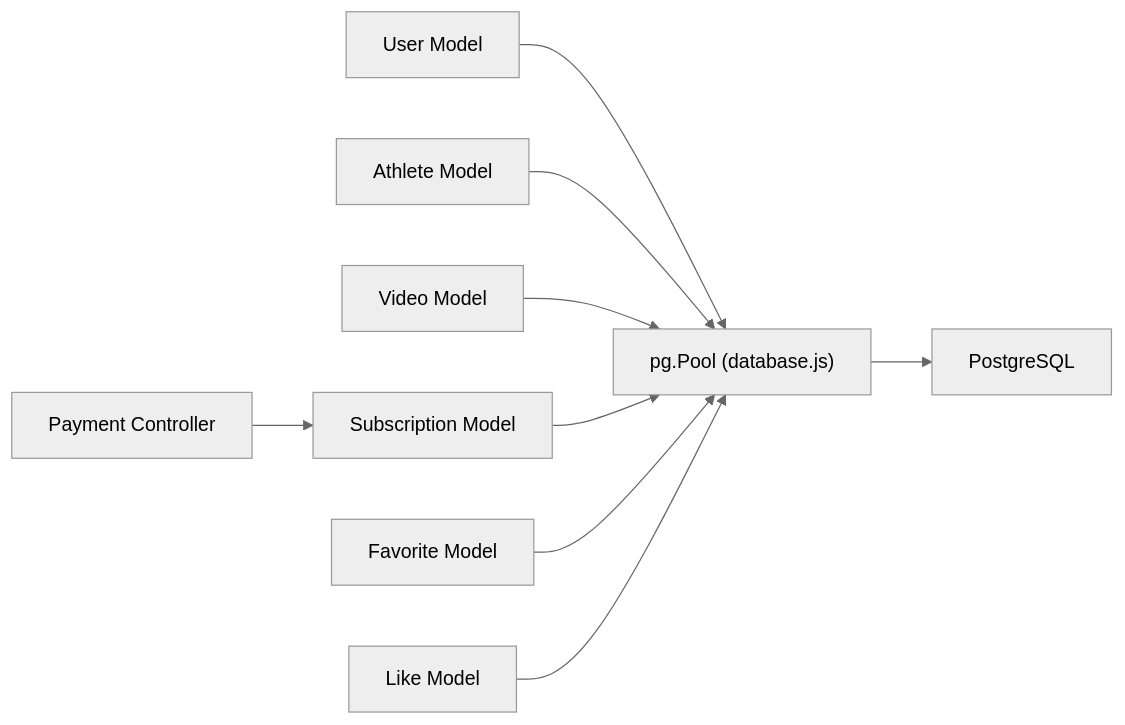
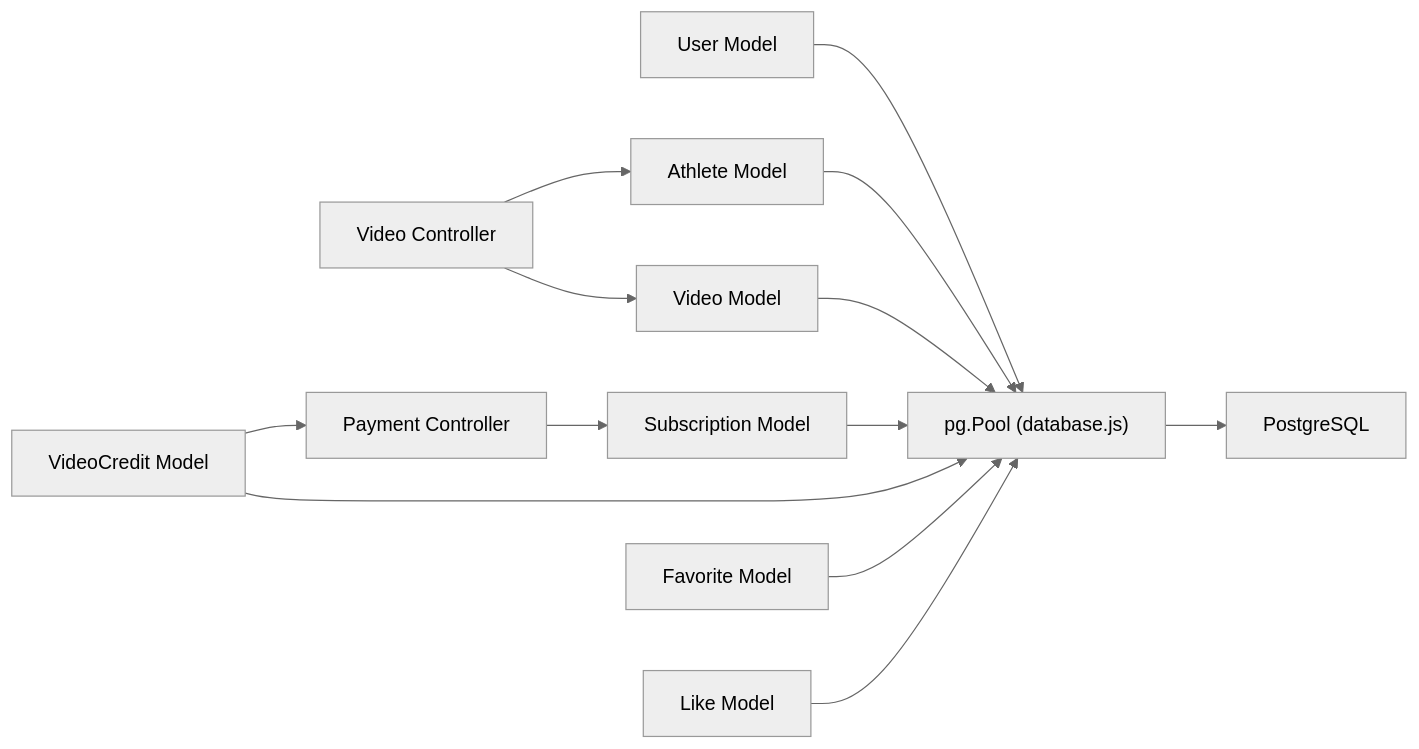
Before and after one commit to Alexandrexicara/craque-vision: the tenth of 10 diagrams in .qoder/repowiki/en/content/Database Design/Data Models/Data Models.md, drawn with Mermaid (neutral theme). The commit also changed other lines of this file and 10 other files, not shown here.

````diff
--- a/.qoder/repowiki/en/content/Database Design/Data Models/Data Models.md
+++ b/.qoder/repowiki/en/content/Database Design/Data Models/Data Models.md
@@ -513,20 +602,26 @@
 ```mermaid
 graph LR
 DB["PostgreSQL"]
 Pool["pg.Pool (database.js)"]
 UM["User Model"]
 AM["Athlete Model"]
 VM["Video Model"]
 SM["Subscription Model"]
+VCM["VideoCredit Model"]
 FM["Favorite Model"]
 LM["Like Model"]
 PC["Payment Controller"]
+VC["Video Controller"]
 Pool --> DB
 UM --> Pool
 AM --> Pool
 VM --> Pool
 SM --> Pool
+VCM --> Pool
 FM --> Pool
 LM --> Pool
 PC --> SM
+VC --> VM
+VC --> AM
+VCM --> PC
 ```
````
